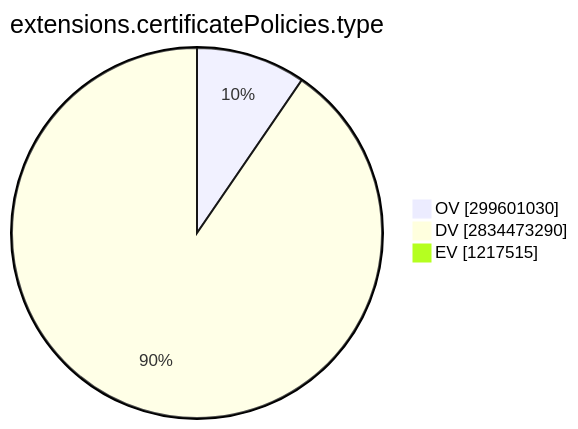
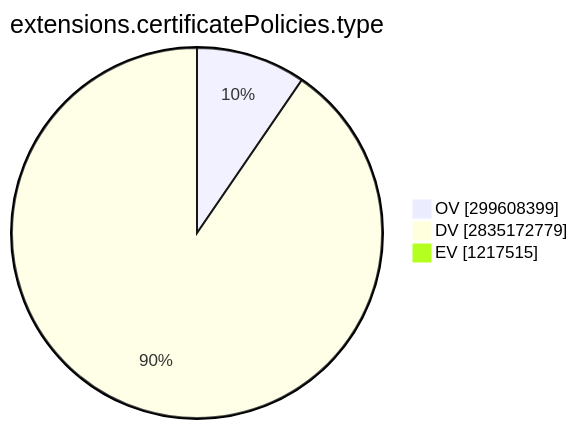
Before and after one commit to christiankrug/ctmonitor_visualization: the ninth of 15 diagrams in TOTAL/README.md, drawn with Mermaid. The commit also changed other lines of this file, not shown here.

````diff
--- a/TOTAL/README.md
+++ b/TOTAL/README.md
@@ -3101,7 +3101,7 @@
 ```mermaid
 pie showData
 title extensions.certificatePolicies.type
-"OV" :299601030
-"DV" :2834473290
+"OV" :299608399
+"DV" :2835172779
 "EV" :1217515
 ```
````
